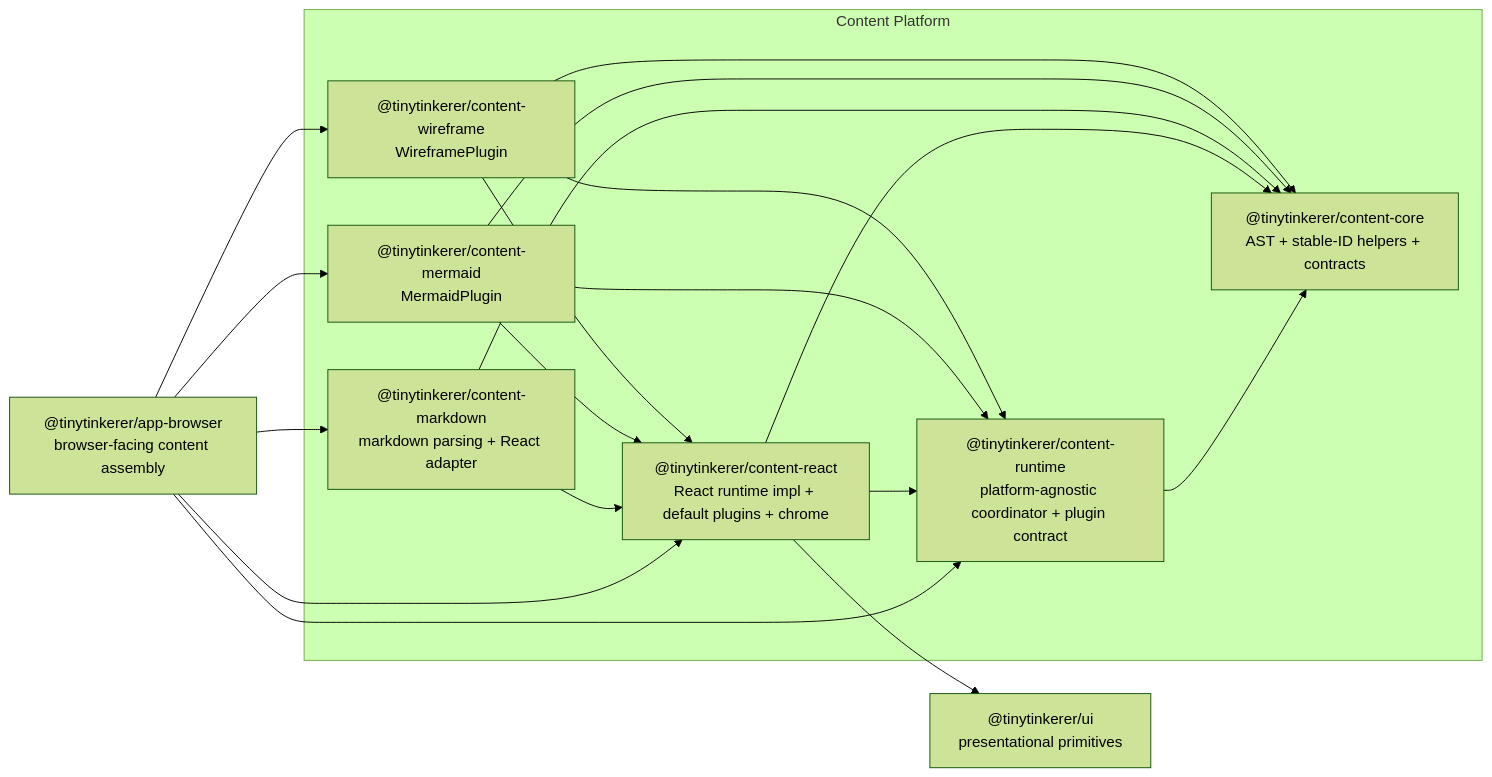
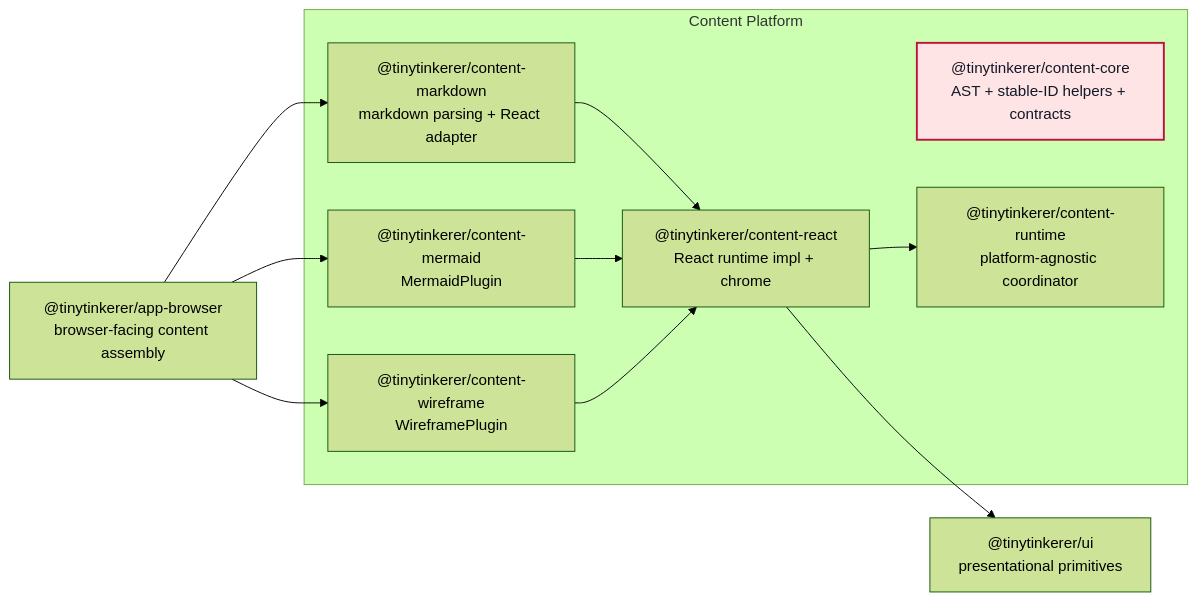
The diagram in docs/content-platform.md (NNTin/tinytinkerer), drawn with Mermaid (forest theme) before and after one commit. The commit also changed other lines of this file and 14 other files, not shown here.

````diff
--- a/docs/content-platform.md
+++ b/docs/content-platform.md
@@ -216,37 +219,29 @@
 ```mermaid
 flowchart LR
   appbrowser["@tinytinkerer/app-browser<br/>browser-facing content assembly"]
 
   subgraph ContentPlatform["Content Platform"]
     contentcore["@tinytinkerer/content-core<br/>AST + stable-ID helpers + contracts"]
-    contentruntime["@tinytinkerer/content-runtime<br/>platform-agnostic coordinator + plugin contract"]
-    contentreact["@tinytinkerer/content-react<br/>React runtime impl + default plugins + chrome"]
+    contentruntime["@tinytinkerer/content-runtime<br/>platform-agnostic coordinator"]
+    contentreact["@tinytinkerer/content-react<br/>React runtime impl + chrome"]
     contentmarkdown["@tinytinkerer/content-markdown<br/>markdown parsing + React adapter"]
     contentmermaid["@tinytinkerer/content-mermaid<br/>MermaidPlugin"]
     contentwireframe["@tinytinkerer/content-wireframe<br/>WireframePlugin"]
   end
 
   ui["@tinytinkerer/ui<br/>presentational primitives"]
 
   appbrowser --> contentmarkdown
   appbrowser --> contentmermaid
   appbrowser --> contentwireframe
-  appbrowser --> contentreact
-  appbrowser --> contentruntime
 
-  contentruntime --> contentcore
-
-  contentreact --> contentcore
   contentreact --> contentruntime
   contentreact --> ui
 
-  contentmarkdown --> contentcore
   contentmarkdown --> contentreact
-  contentmermaid --> contentcore
-  contentmermaid --> contentruntime
   contentmermaid --> contentreact
+  contentwireframe --> contentreact
 
-  contentwireframe --> contentcore
-  contentwireframe --> contentruntime
-  contentwireframe --> contentreact
+  classDef coreLayer fill:#ffe4e6,stroke:#be123c,color:#111827,stroke-width:2px;
+  class contentcore coreLayer;
 ```
````
